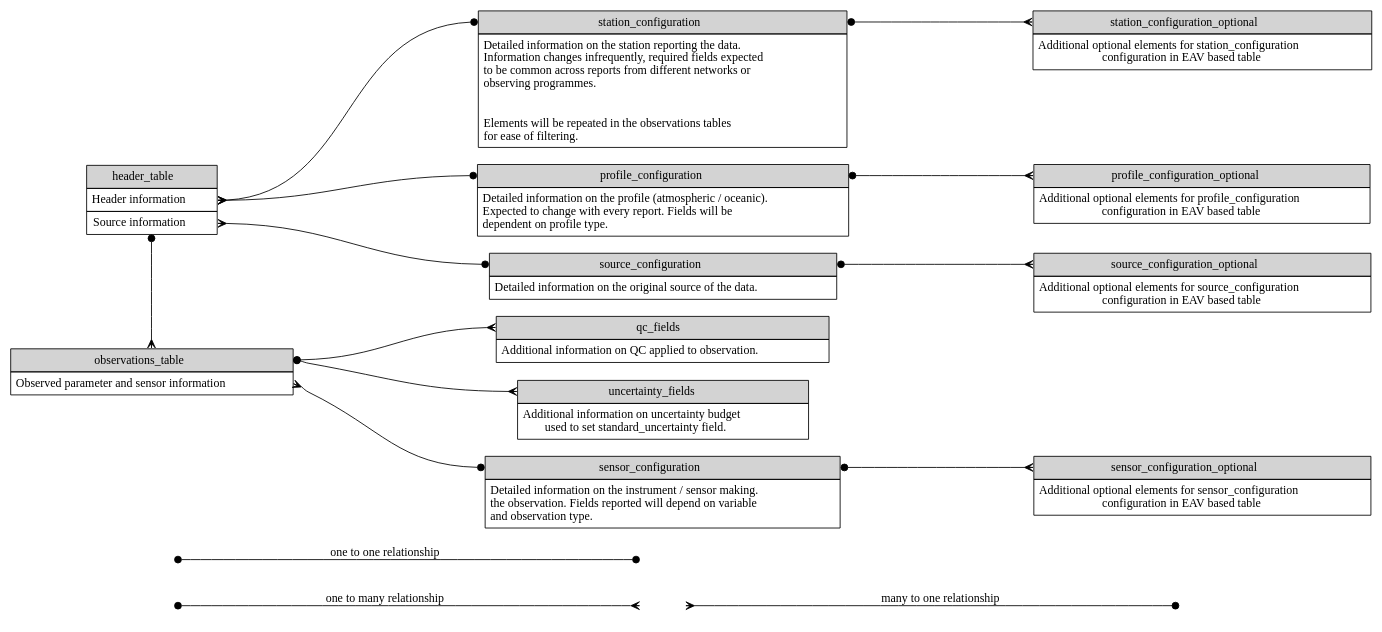
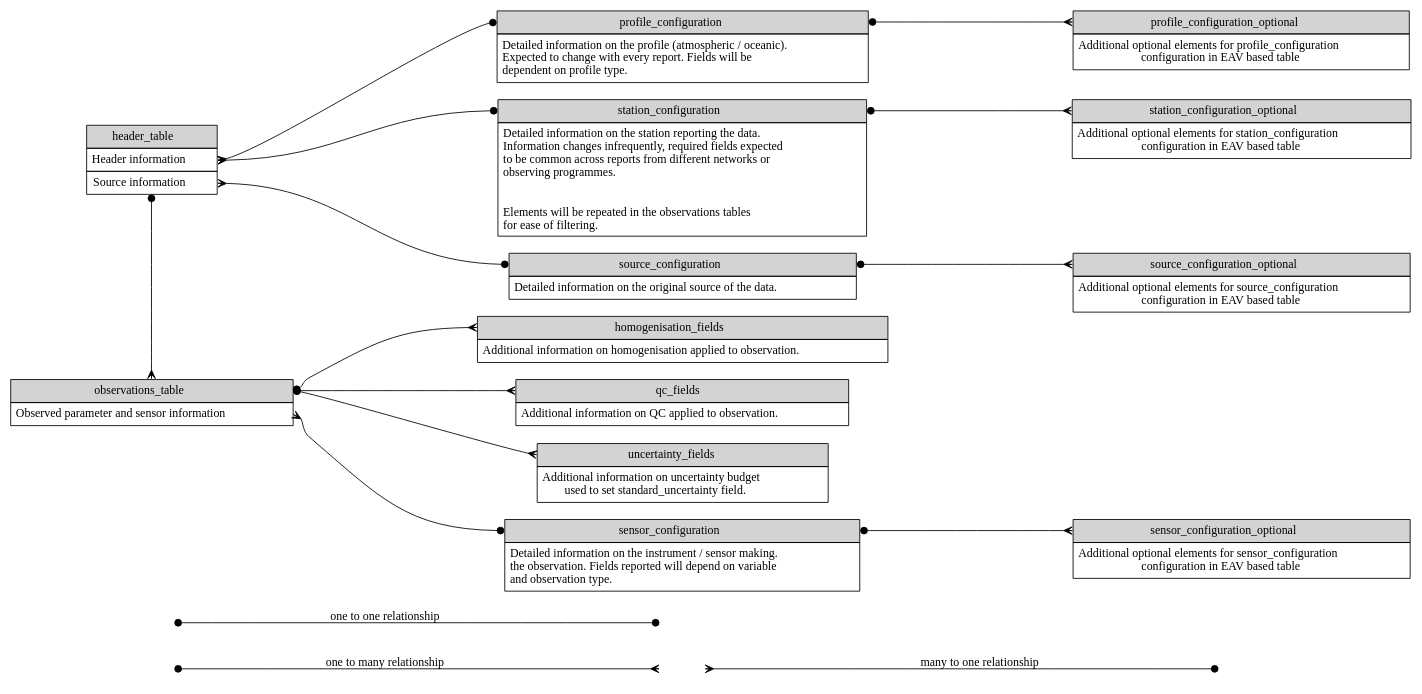
One commit to glamod/common_data_model changed the diagram in graphviz/cdm_schematic_simple.gv. Above: the diagram before and after it, drawn with Graphviz. The commit also changed 121 other files, not shown here.

```diff
--- a/graphviz/cdm_schematic_simple.gv
+++ b/graphviz/cdm_schematic_simple.gv
@@ -1,103 +1,107 @@
 digraph {
   #node [color=white]
   node [margin="0.01" shape=plaintext]
   rankdir=LR;
   n1, n2, n3, n4, n5 [style=invis]
   header_table [label=<<TABLE BORDER="0" CELLBORDER="1" CELLSPACING="0" CELLPADDING="5" COLOR="BLACK">
                                 <TR><TD PORT="head" COLSPAN="1" ALIGN="center" BGCOLOR="lightgray">header_table</TD></TR>
                                 <TR><TD PORT="header">Header information</TD></TR>
                                 <TR><TD PORT="source">Source information</TD></TR>
                              </TABLE>>]
 
   observations_table [label=<<TABLE BORDER="0" CELLBORDER="1" CELLSPACING="0" CELLPADDING="5" COLOR="BLACK">
                                 <TR><TD PORT="head" COLSPAN="1" ALIGN="center" BGCOLOR="lightgray">observations_table</TD></TR>
                                 <TR><TD PORT="sensor">Observed parameter and sensor information</TD></TR>
                              </TABLE>>]
 
 
   station_configuration [label=<<TABLE BORDER="0" CELLBORDER="1" CELLSPACING="0" CELLPADDING="5" COLOR="BLACK" WIDTH="200px">
                                 <TR><TD COLSPAN="1" ALIGN="center" BGCOLOR="lightgray" PORT="head">station_configuration</TD></TR>
                                 <TR><TD>Detailed information on the station reporting the data.<BR ALIGN="LEFT"/>
 Information changes infrequently, required fields expected<BR ALIGN="LEFT"/>
 to be common across reports from different networks or <BR ALIGN="LEFT"/>observing programmes.<BR ALIGN="LEFT"/><BR/>&nbsp;
 <BR ALIGN="LEFT"/>
 Elements will be repeated in the observations tables <BR ALIGN="left"/>for ease of filtering.<BR ALIGN="LEFT"/></TD></TR>
                              </TABLE>>]
 
 profile_configuration [label=<<TABLE BORDER="0" CELLBORDER="1" CELLSPACING="0" CELLPADDING="5" COLOR="BLACK" WIDTH="200px">
                                 <TR><TD COLSPAN="1" ALIGN="center" BGCOLOR="lightgray" PORT="head">profile_configuration</TD></TR>
                                 <TR><TD>Detailed information on the profile (atmospheric / oceanic).<BR ALIGN="LEFT"/>
 Expected to change with every report. Fields will be<BR ALIGN="LEFT"/>
 dependent on profile type.<BR ALIGN="LEFT"/></TD></TR>
                              </TABLE>>]
 
 source_configuration [label=<<TABLE BORDER="0" CELLBORDER="1" CELLSPACING="0" CELLPADDING="5" COLOR="BLACK" WIDTH="200px">
                                 <TR><TD COLSPAN="1" ALIGN="center" BGCOLOR="lightgray" PORT="head">source_configuration</TD></TR>
                                 <TR><TD>Detailed information on the original source of the data.<BR ALIGN="LEFT"/></TD></TR>
                              </TABLE>>]
 
 sensor_configuration [label=<<TABLE BORDER="0" CELLBORDER="1" CELLSPACING="0" CELLPADDING="5" COLOR="BLACK" WIDTH="200px">
                                 <TR><TD COLSPAN="1" ALIGN="center" BGCOLOR="lightgray" PORT="head">sensor_configuration</TD></TR>
                                 <TR><TD>
 Detailed information on the instrument / sensor making.<BR ALIGN="LEFT"/>
 the observation. Fields reported will depend on variable<BR ALIGN="LEFT"/>
 and observation type.<BR ALIGN="LEFT"/></TD></TR>
                              </TABLE>>]
 
 qc_fields [label=<<TABLE BORDER="0" CELLBORDER="1" CELLSPACING="0" CELLPADDING="5" COLOR="BLACK" WIDTH="200px">
                                 <TR><TD COLSPAN="1" ALIGN="center" BGCOLOR="lightgray" PORT="head">qc_fields</TD></TR>
                                 <TR><TD>Additional information on QC applied to observation.</TD></TR></TABLE>>]
 
 uncertainty_fields [label=<<TABLE BORDER="0" CELLBORDER="1" CELLSPACING="0" CELLPADDING="5" COLOR="BLACK" WIDTH="200px">
                                 <TR><TD COLSPAN="1" ALIGN="center" BGCOLOR="lightgray" PORT="head">uncertainty_fields</TD></TR>
                                 <TR><TD>
 Additional information on uncertainty budget <BR ALIGN="LEFT"/>
 used to set standard_uncertainty field.</TD></TR></TABLE>>]
 
 
+homogenisation_fields [label=<<TABLE BORDER="0" CELLBORDER="1" CELLSPACING="0" CELLPADDING="5" COLOR="BLACK" WIDTH="200px">
+                                <TR><TD COLSPAN="1" ALIGN="center" BGCOLOR="lightgray" PORT="head">homogenisation_fields</TD></TR>
+                                <TR><TD>Additional information on homogenisation applied to observation.</TD></TR></TABLE>>]
 
 station_config_optional [label=<<TABLE BORDER="0" CELLBORDER="1" CELLSPACING="0" CELLPADDING="5" COLOR="BLACK" WIDTH="200px">
                                 <TR><TD COLSPAN="1" ALIGN="center" BGCOLOR="lightgray" PORT="head">station_configuration_optional</TD></TR>
                                 <TR><TD>Additional optional elements for station_configuration<BR ALIGN="LEFT"/>
 configuration in EAV based table</TD></TR></TABLE>>]
 
 source_config_optional [label=<<TABLE BORDER="0" CELLBORDER="1" CELLSPACING="0" CELLPADDING="5" COLOR="BLACK" WIDTH="200px">
                                 <TR><TD COLSPAN="1" ALIGN="center" BGCOLOR="lightgray" PORT="head">source_configuration_optional</TD></TR>
                                 <TR><TD>Additional optional elements for source_configuration<BR ALIGN="LEFT"/>
 configuration in EAV based table</TD></TR></TABLE>>]
 
 sensor_config_optional [label=<<TABLE BORDER="0" CELLBORDER="1" CELLSPACING="0" CELLPADDING="5" COLOR="BLACK" WIDTH="200px">
                                 <TR><TD COLSPAN="1" ALIGN="center" BGCOLOR="lightgray" PORT="head">sensor_configuration_optional</TD></TR>
                                 <TR><TD>Additional optional elements for sensor_configuration<BR ALIGN="LEFT"/>
 configuration in EAV based table</TD></TR></TABLE>>]
 
 profile_config_optional [label=<<TABLE BORDER="0" CELLBORDER="1" CELLSPACING="0" CELLPADDING="5" COLOR="BLACK" WIDTH="200px">
                                 <TR><TD COLSPAN="1" ALIGN="center" BGCOLOR="lightgray" PORT="head">profile_configuration_optional</TD></TR>
                                 <TR><TD>Additional optional elements for profile_configuration<BR ALIGN="LEFT"/>
 configuration in EAV based table</TD></TR></TABLE>>]
 
   
   {
     rank=same;
     header_table;
     observations_table;
   }
 
   n1 -> n2 [arrowtail = dot , arrowhead = crow, dir = both, label = "one to many relationship"];
   n2 -> n3 [arrowhead = dot , arrowtail = crow, dir = both, label = "many to one relationship"];
   n4 -> n5 [arrowhead = dot , arrowtail = dot , dir = both, label = "one to one relationship"];
 
   header_table -> observations_table [arrowtail=dot, arrowhead=crow, dir=both, label="      "];
   header_table:header -> station_configuration:head [arrowtail=crow, arrowhead=dot, dir=both];
   header_table:header -> profile_configuration:head [arrowtail=crow, arrowhead=dot, dir=both];
   header_table:source -> source_configuration:head [arrowtail=crow, arrowhead=dot, dir=both];
 
   observations_table:head -> qc_fields:head [arrowtail=dot, dir=both, arrowhead=crow];
   observations_table:head -> uncertainty_fields:head [arrowtail=dot, dir=both, arrowhead=crow];
+  observations_table:head -> homogenisation_fields:head [arrowtail=dot, dir=both, arrowhead=crow];
   observations_table:sensor -> sensor_configuration:head [arrowtail=crow, dir=both, arrowhead=dot];
 
   station_configuration:head -> station_config_optional:head [arrowhead=crow, arrowtail=dot, dir=both];
   source_configuration:head -> source_config_optional:head [arrowhead=crow, arrowtail=dot, dir=both];
   profile_configuration:head -> profile_config_optional:head [arrowhead=crow, arrowtail=dot, dir=both];
   sensor_configuration:head -> sensor_config_optional:head [arrowhead=crow, arrowtail=dot, dir=both];
 }
```
